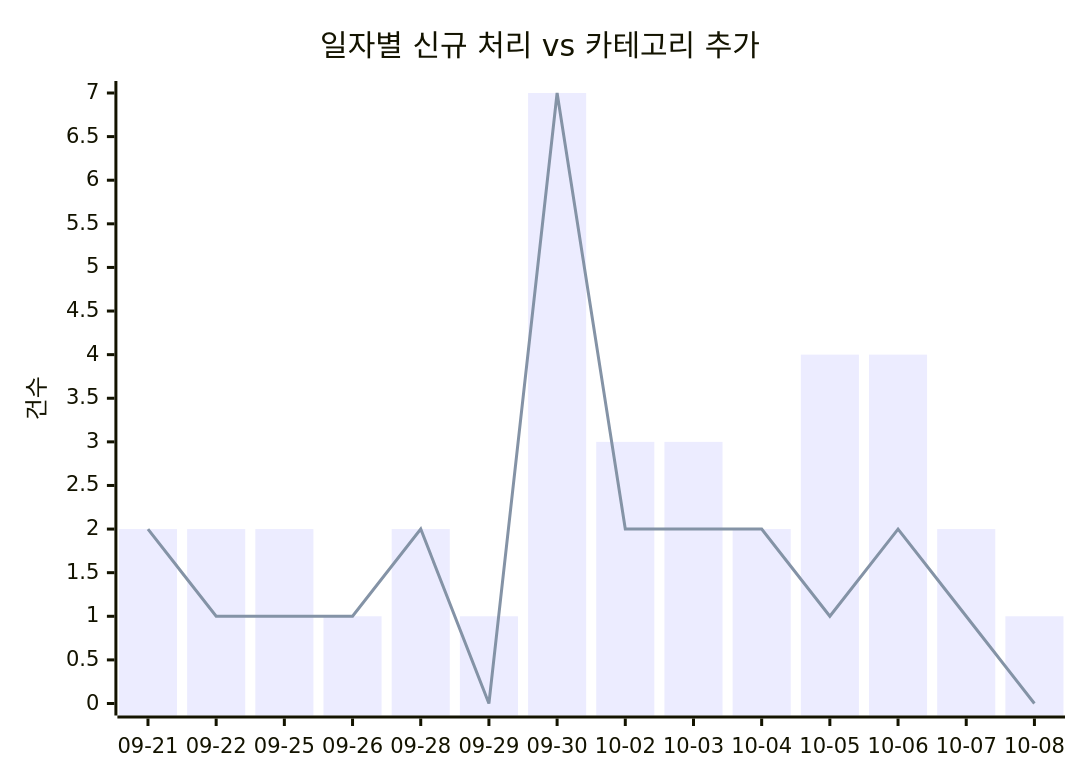
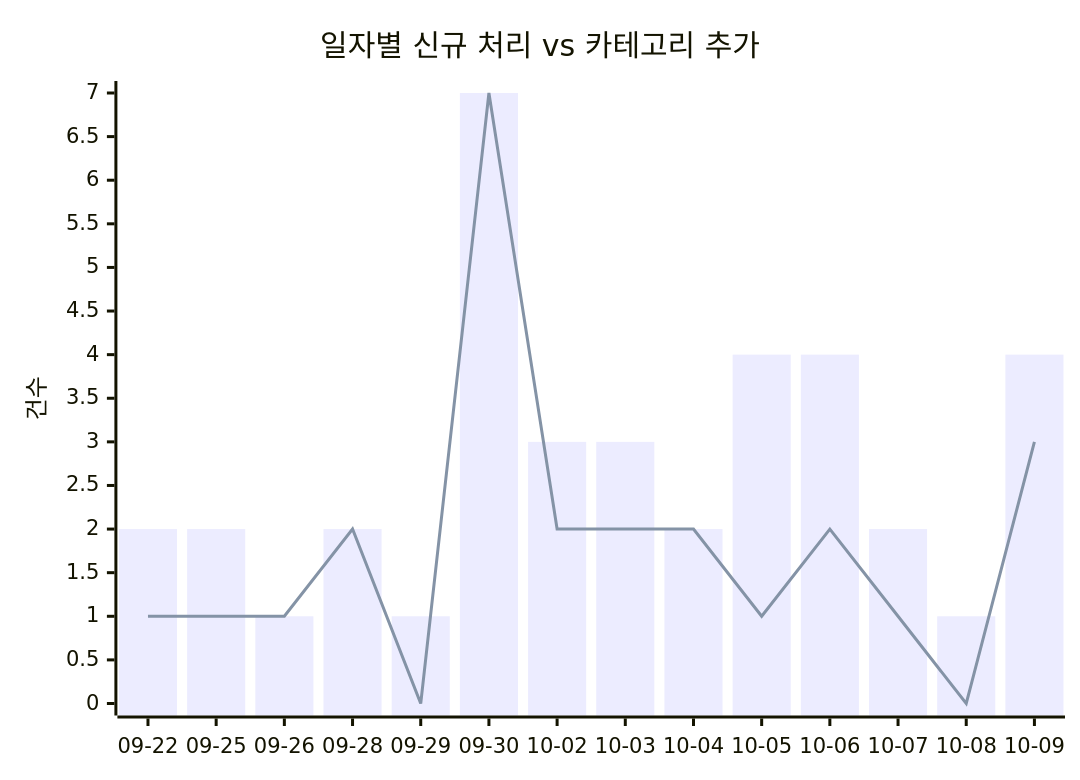
One commit to J-nowcow/awesome-korean-agent-skills changed the first of 2 diagrams in docs/trends.md. Above: the diagram before and after it, drawn with Mermaid. The commit also changed other lines of this file and 6 other files, not shown here.

````diff
--- a/docs/trends.md
+++ b/docs/trends.md
@@ -32,8 +32,8 @@
 ```mermaid
 xychart-beta
     title "일자별 신규 처리 vs 카테고리 추가"
-    x-axis ["09-21","09-22","09-25","09-26","09-28","09-29","09-30","10-02","10-03","10-04","10-05","10-06","10-07","10-08"]
+    x-axis ["09-22","09-25","09-26","09-28","09-29","09-30","10-02","10-03","10-04","10-05","10-06","10-07","10-08","10-09"]
     y-axis "건수"
-    bar [2,2,2,1,2,1,7,3,3,2,4,4,2,1]
-    line [2,1,1,1,2,0,7,2,2,2,1,2,1,0]
+    bar [2,2,1,2,1,7,3,3,2,4,4,2,1,4]
+    line [1,1,1,2,0,7,2,2,2,1,2,1,0,3]
 ```
````
